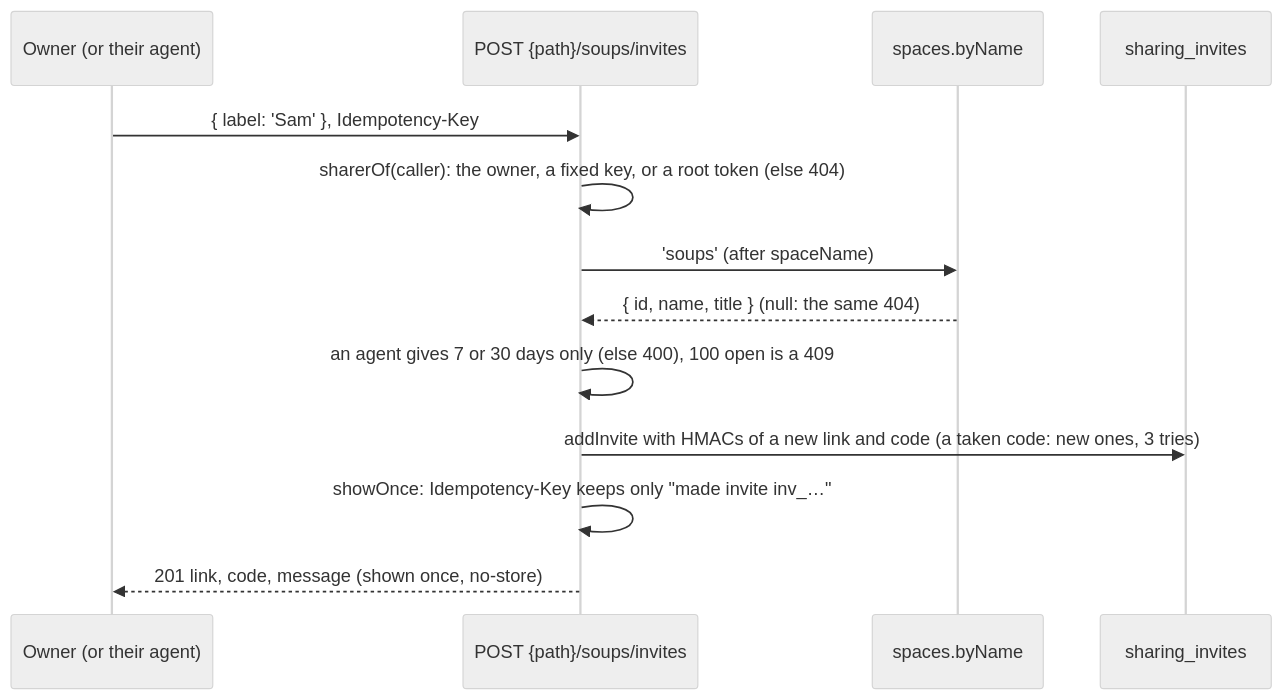
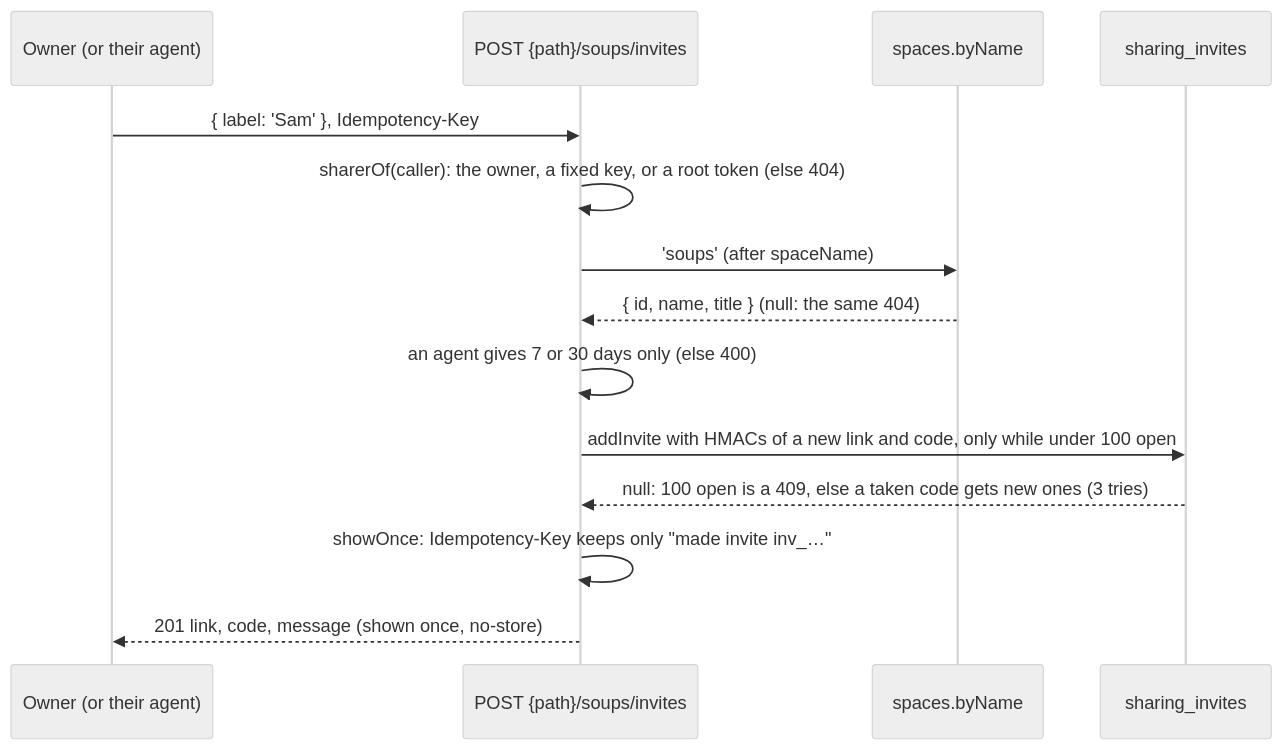
One commit to escalay/api-kit changed the first of 4 diagrams in src/sharing/README.md. Above: the diagram before and after it, drawn with Mermaid (neutral theme). The commit also changed other lines of this file and 7 other files, not shown here.

````diff
--- a/src/sharing/README.md
+++ b/src/sharing/README.md
@@ -106,15 +106,16 @@
 ```mermaid
 sequenceDiagram
   participant O as Owner (or their agent)
   participant R as POST {path}/soups/invites
   participant S as spaces.byName
   participant D as sharing_invites
   O->>R: { label: 'Sam' }, Idempotency-Key
   R->>R: sharerOf(caller): the owner, a fixed key, or a root token (else 404)
   R->>S: 'soups' (after spaceName)
   S-->>R: { id, name, title } (null: the same 404)
-  R->>R: an agent gives 7 or 30 days only (else 400), 100 open is a 409
-  R->>D: addInvite with HMACs of a new link and code (a taken code: new ones, 3 tries)
+  R->>R: an agent gives 7 or 30 days only (else 400)
+  R->>D: addInvite with HMACs of a new link and code, only while under 100 open
+  D-->>R: null: 100 open is a 409, else a taken code gets new ones (3 tries)
   R->>R: showOnce: Idempotency-Key keeps only "made invite inv_…"
   R-->>O: 201 link, code, message (shown once, no-store)
 ```
````
